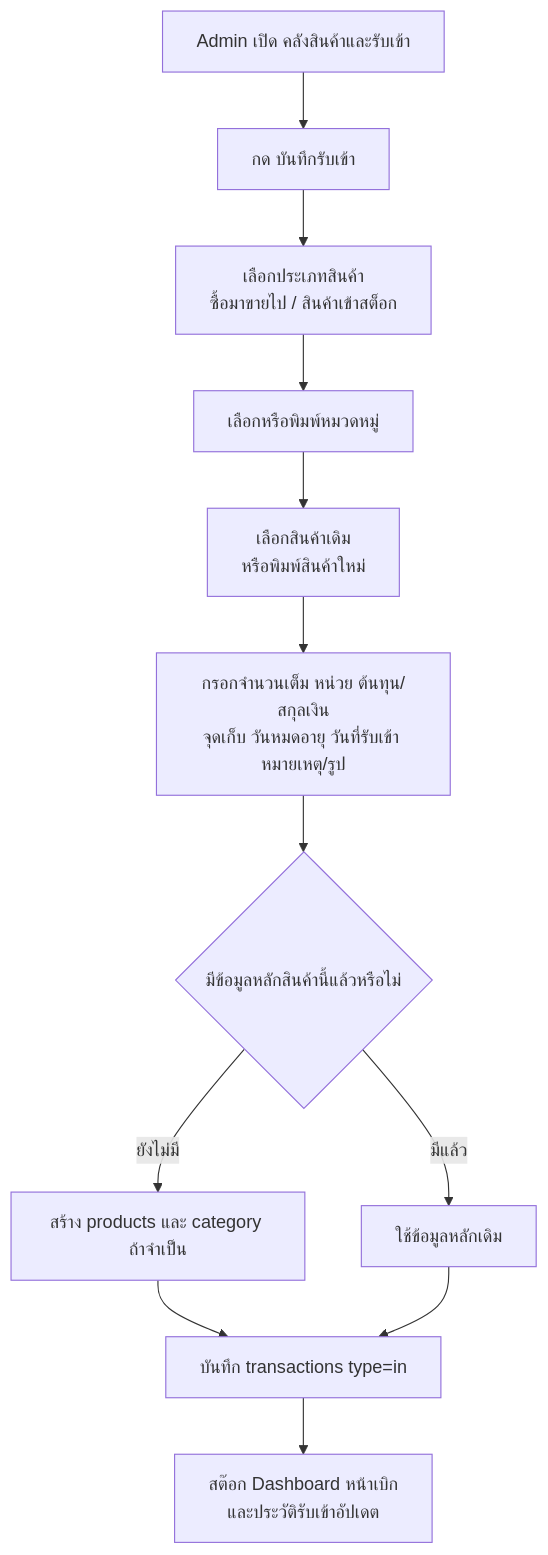
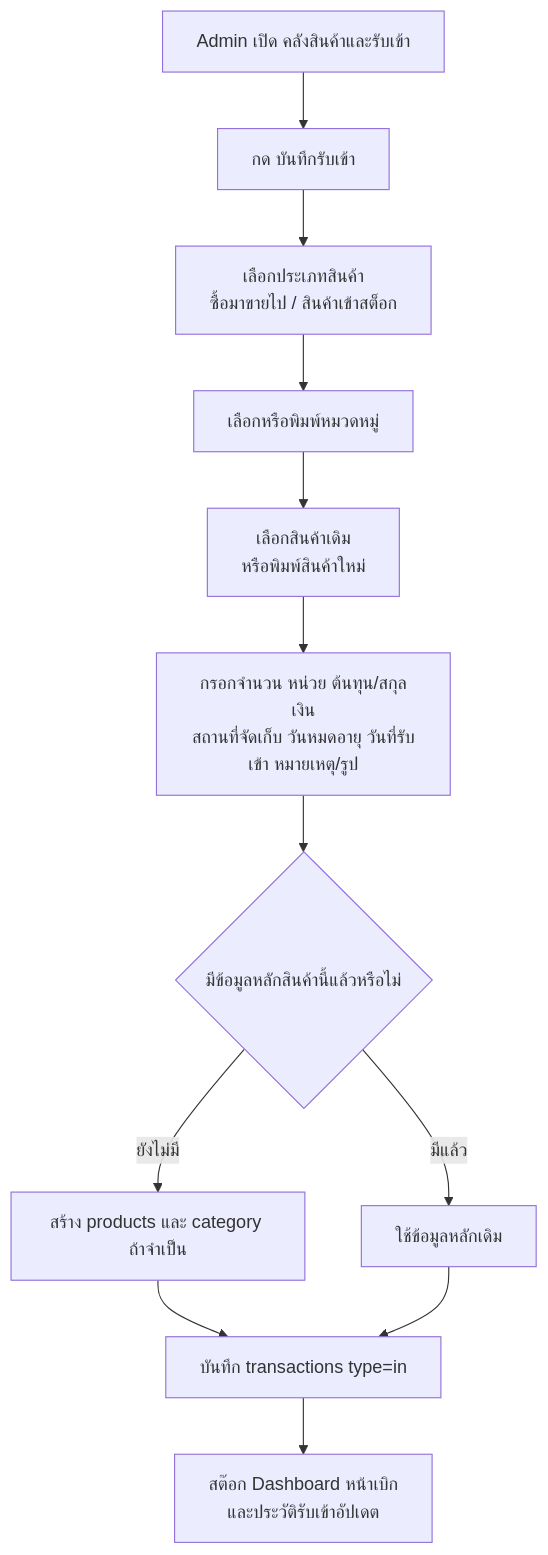
The sixth of 11 diagrams in docs/cpac-sbm-inventory-flow-presentation.md (sasitorn-ja/StockFlowManager), drawn with Mermaid before and after one commit. The commit also changed other lines of this file and 20 other files, not shown here.

````diff
--- a/docs/cpac-sbm-inventory-flow-presentation.md
+++ b/docs/cpac-sbm-inventory-flow-presentation.md
@@ -161,14 +161,14 @@
 ```mermaid
 flowchart TD
   A["Admin เปิด คลังสินค้าและรับเข้า"] --> B["กด บันทึกรับเข้า"]
   B --> C["เลือกประเภทสินค้า<br/>ซื้อมาขายไป / สินค้าเข้าสต็อก"]
   C --> D["เลือกหรือพิมพ์หมวดหมู่"]
   D --> E["เลือกสินค้าเดิม<br/>หรือพิมพ์สินค้าใหม่"]
-  E --> F["กรอกจำนวนเต็ม หน่วย ต้นทุน/สกุลเงิน<br/>จุดเก็บ วันหมดอายุ วันที่รับเข้า หมายเหตุ/รูป"]
+  E --> F["กรอกจำนวน หน่วย ต้นทุน/สกุลเงิน<br/>สถานที่จัดเก็บ วันหมดอายุ วันที่รับเข้า หมายเหตุ/รูป"]
   F --> G{"มีข้อมูลหลักสินค้านี้แล้วหรือไม่"}
   G -->|ยังไม่มี| H["สร้าง products และ category ถ้าจำเป็น"]
   G -->|มีแล้ว| I["ใช้ข้อมูลหลักเดิม"]
   H --> J["บันทึก transactions type=in"]
   I --> J
   J --> K["สต๊อก Dashboard หน้าเบิก<br/>และประวัติรับเข้าอัปเดต"]
 ```
````
